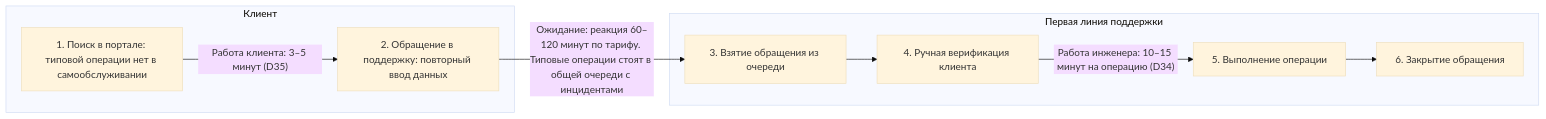
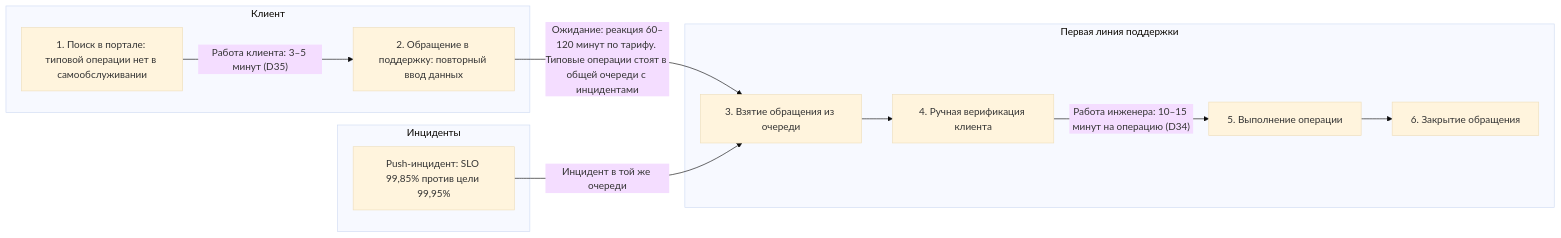
One commit to MikhailNv/pmis changed the first of 6 diagrams in практическая_работа_3.md. Above: the diagram before and after it, drawn with Mermaid (base theme). The commit also changed other lines of this file, not shown here.

````diff
--- a/практическая_работа_3.md
+++ b/практическая_работа_3.md
@@ -40,18 +41,22 @@
 ```mermaid
 flowchart LR
     subgraph client["Клиент"]
         A1["1. Поиск в портале: типовой операции нет в самообслуживании"]
         A2["2. Обращение в поддержку: повторный ввод данных"]
     end
     subgraph support["Первая линия поддержки"]
         B1["3. Взятие обращения из очереди"]
         B2["4. Ручная верификация клиента"]
         B3["5. Выполнение операции"]
         B4["6. Закрытие обращения"]
     end
+    subgraph incident["Инциденты"]
+        I1["Push-инцидент: SLO 99,85% против цели 99,95%"]
+    end
     A1 -->|"Работа клиента: 3–5 минут (D35)"| A2
     A2 -->|"Ожидание: реакция 60–120 минут по тарифу. Типовые операции стоят в общей очереди с инцидентами"| B1
+    I1 -->|"Инцидент в той же очереди"| B1
     B1 --> B2
     B2 -->|"Работа инженера: 10–15 минут на операцию (D34)"| B3
     B3 --> B4
 ```
````
